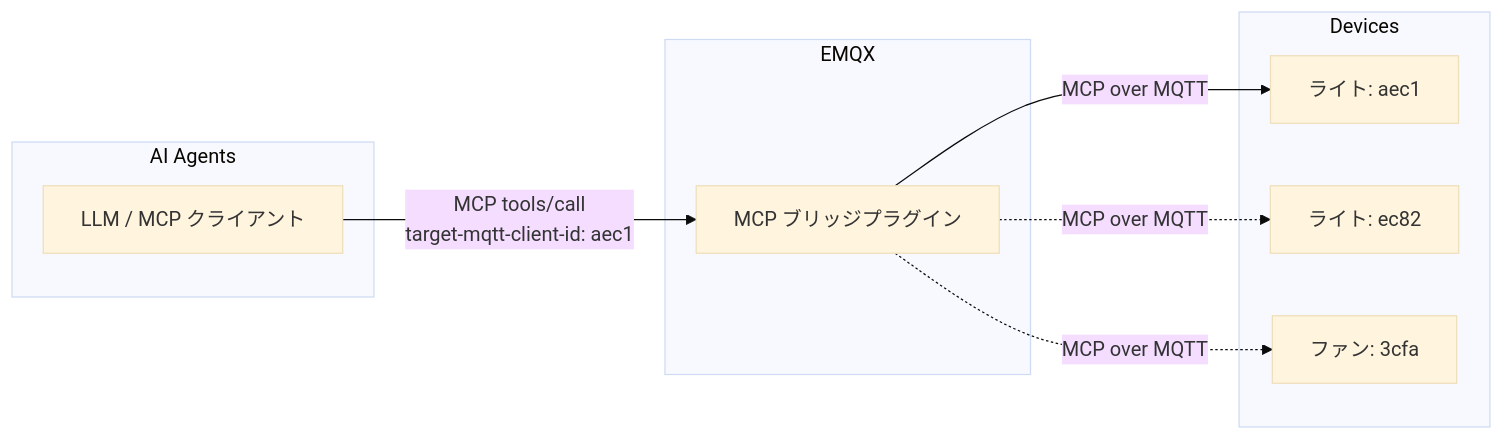
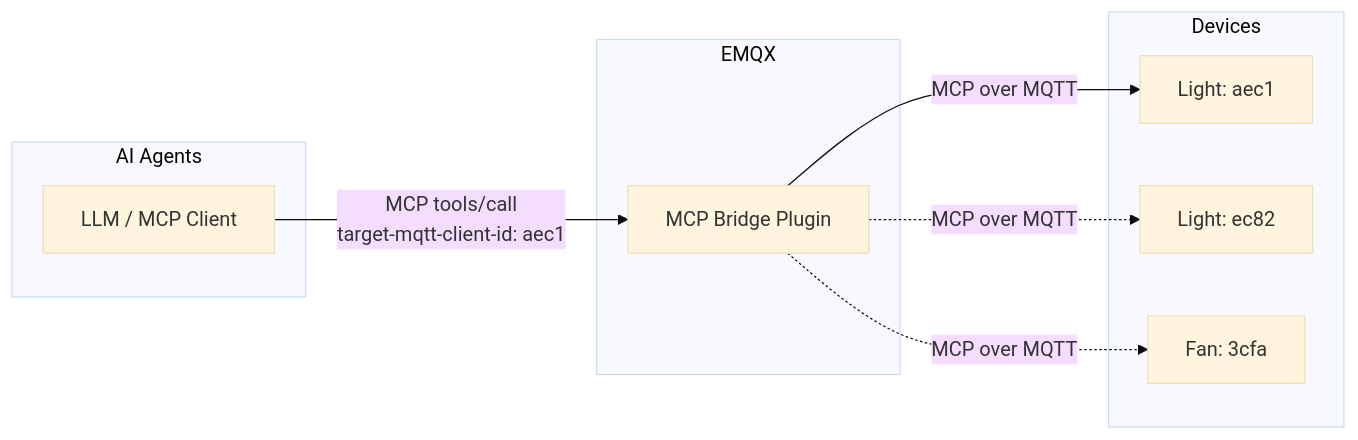
The second of 3 diagrams in ja_JP/emqx-ai/mcp-bridge/overview.md (emqx/emqx-docs), drawn with Mermaid (base theme) before and after one commit. The commit also changed other lines of this file and 71 other files, not shown here.

````diff
--- a/ja_JP/emqx-ai/mcp-bridge/overview.md
+++ b/ja_JP/emqx-ai/mcp-bridge/overview.md
@@ -54,18 +40,18 @@
 ```mermaid
 graph LR
     subgraph "EMQX"
-        MB[MCP ブリッジプラグイン]
+        MB[MCP Bridge Plugin]
     end
     subgraph "AI Agents"
-        M1[LLM / MCP クライアント]
+        M1[LLM / MCP Client]
         M1 --> |MCP tools/call<br>target-mqtt-client-id: aec1| MB
     end
     subgraph "Devices"
-        D1[ライト: aec1]
-        D2[ライト: ec82]
-        D3[ファン: 3cfa]
+        D1[Light: aec1]
+        D2[Light: ec82]
+        D3[Fan: 3cfa]
         MB --> |MCP over MQTT| D1
         MB -.-> |MCP over MQTT| D2
         MB -.-> |MCP over MQTT| D3
     end
 ```
````
